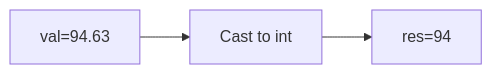
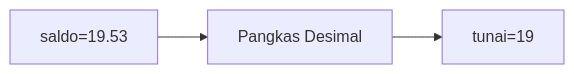
Before and after one commit to amnahwaida/OSNK_INF_PREP: diagram 13 of 25 in part-c-pemahaman-cpp/01-tipe-data/latihan/set-07.md, drawn with Mermaid. The commit also changed other lines of this file and 71 other files, not shown here.

````diff
--- a/part-c-pemahaman-cpp/01-tipe-data/latihan/set-07.md
+++ b/part-c-pemahaman-cpp/01-tipe-data/latihan/set-07.md
@@ -320,5 +365,5 @@
 ```mermaid
 graph LR
-A["val=94.63"] --> B["Cast to int"]
-B --> C["res=94"]
+A["saldo=19.53"] --> B["Pangkas Desimal"]
+B --> C["tunai=19"]
 ```
````
